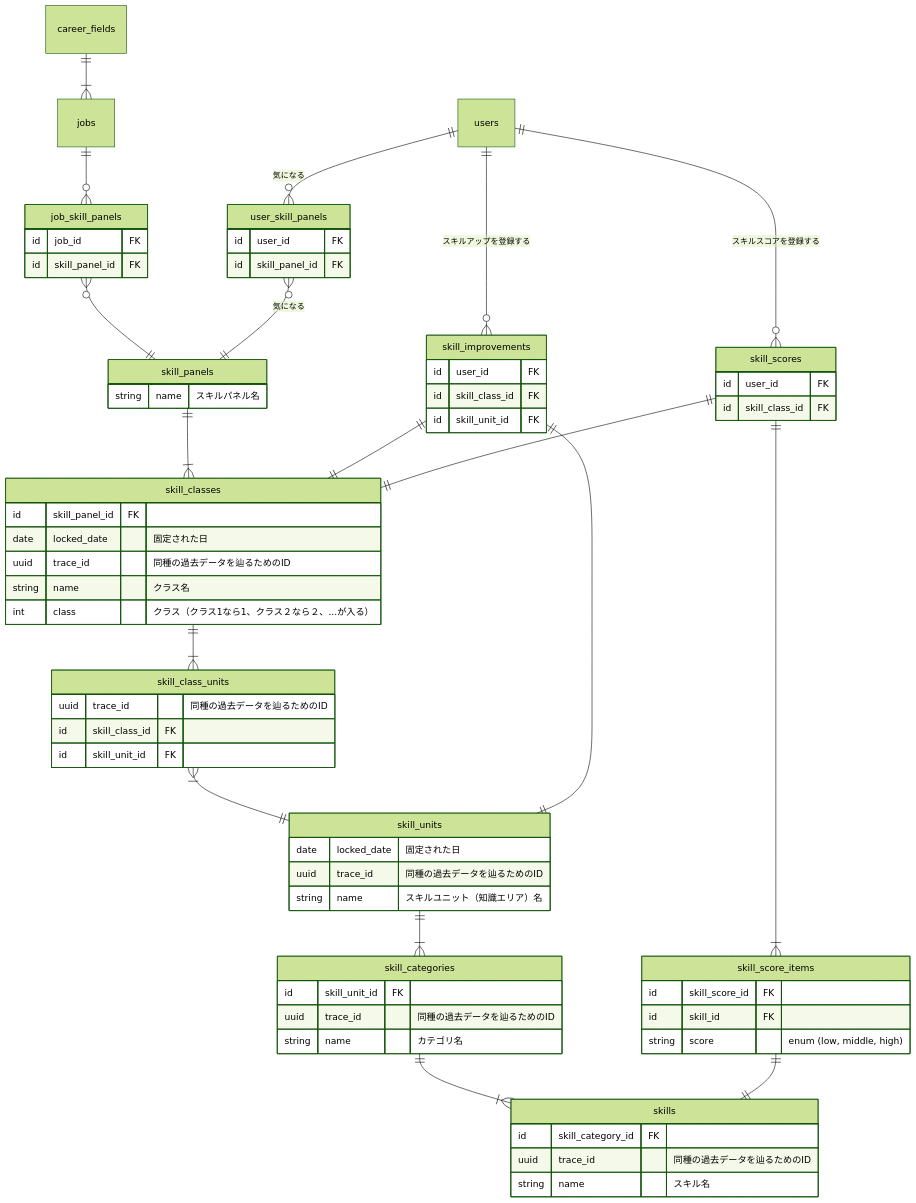
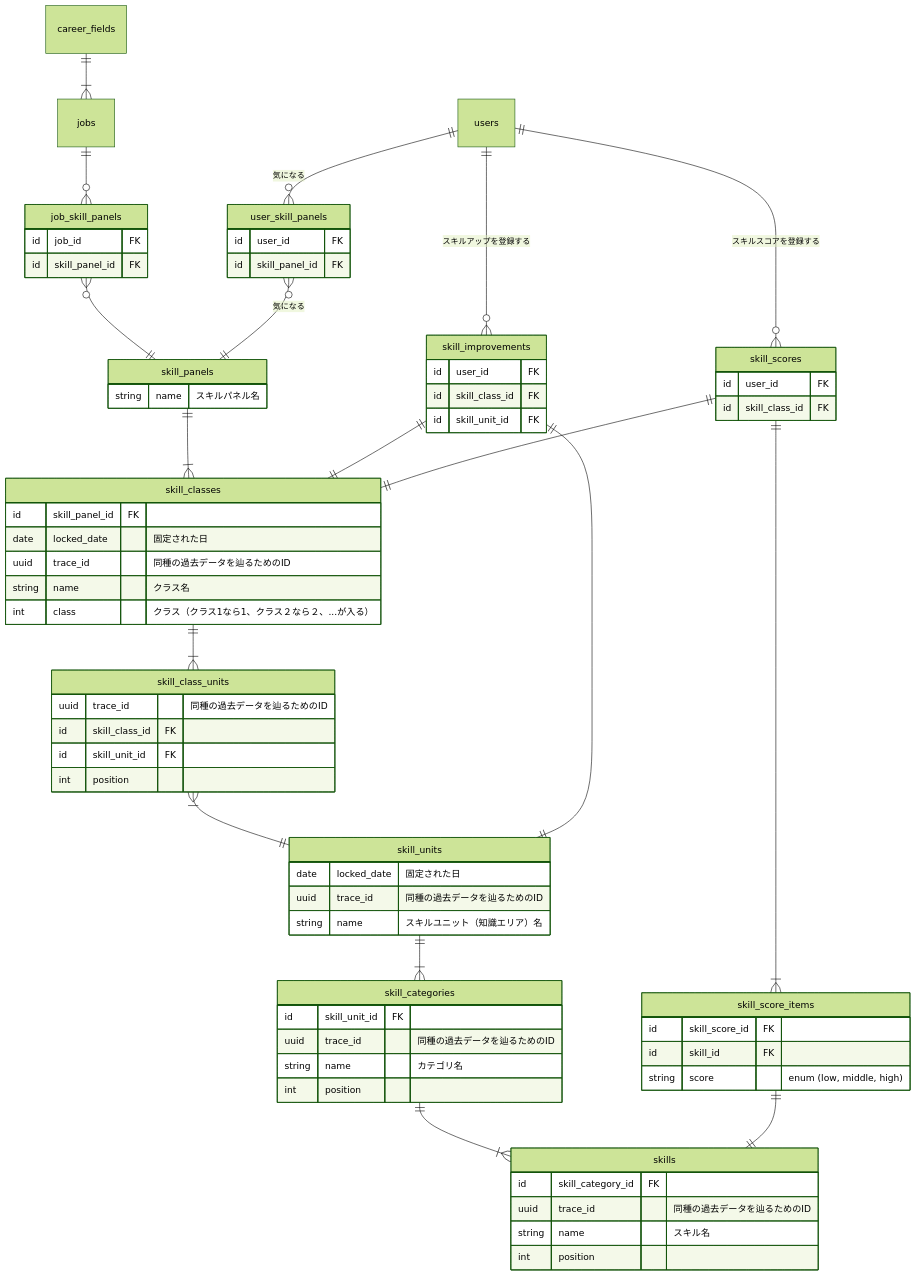
Before and after one commit to bright-org/bright: the second of 3 diagrams in docs/logics/update_skill_panels.md, drawn with Mermaid (forest theme). The commit also changed other lines of this file, not shown here.

Commit message:
docs(logic): add position to schemas

```diff
--- a/docs/logics/update_skill_panels.md
+++ b/docs/logics/update_skill_panels.md
@@ -114,6 +117,7 @@
     uuid trace_id "同種の過去データを辿るためのID"
     id skill_class_id FK
     id skill_unit_id FK
+    int position
   }
 
   skill_units {
@@ -126,12 +130,14 @@
     id skill_unit_id FK
     uuid trace_id "同種の過去データを辿るためのID"
     string name "カテゴリ名"
+    int position
   }
 
   skills {
     id skill_category_id FK
     uuid trace_id "同種の過去データを辿るためのID"
     string name "スキル名"
+    int position
   }
 
   job_skill_panels {
```
